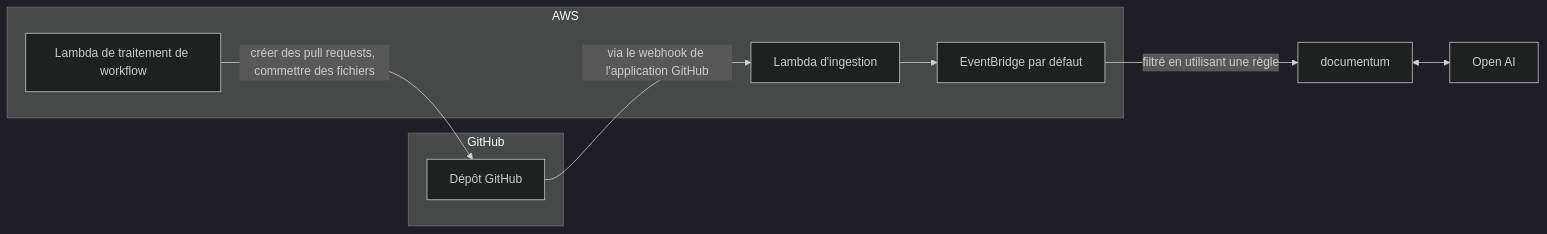
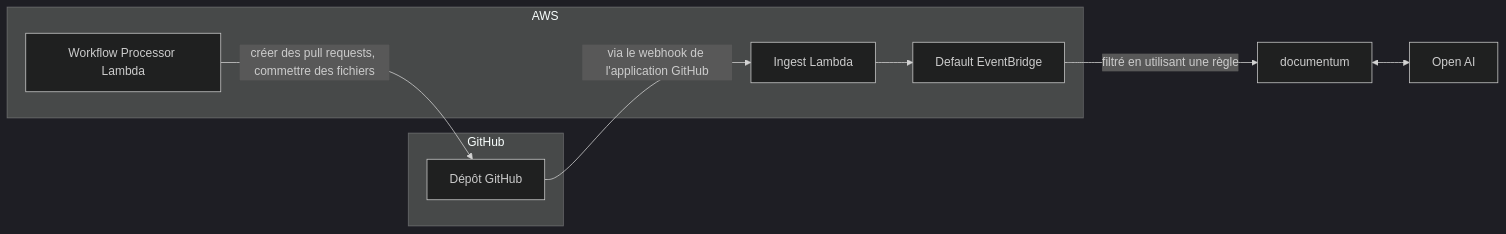
Before and after one commit to todoengineering/EvergreenDocs: the diagram in README.fr.md, drawn with Mermaid (dark theme).

````diff
--- a/README.fr.md
+++ b/README.fr.md
@@ -88,18 +88,18 @@
 ```mermaid
 graph LR
   subgraph GitHub
     githubRepo[Dépôt GitHub]
   end
 
   subgraph AWS
-    ingest[Lambda d'ingestion]
-    defaultEventBridge[EventBridge par défaut]
-    workflowProcessor[Lambda de traitement de workflow]
+    ingest[Ingest Lambda]
+    defaultEventBridge[Default EventBridge]
+    workflowProcessor[Workflow Processor Lambda]
   end
 
   openAi[Open AI]
 
 
   githubRepo -- via le webhook de l'application GitHub --> ingest --> defaultEventBridge -- filtré en utilisant une règle --> documentum <--> openAi
   workflowProcessor -- créer des pull requests, commettre des fichiers --> githubRepo
 ```
````
